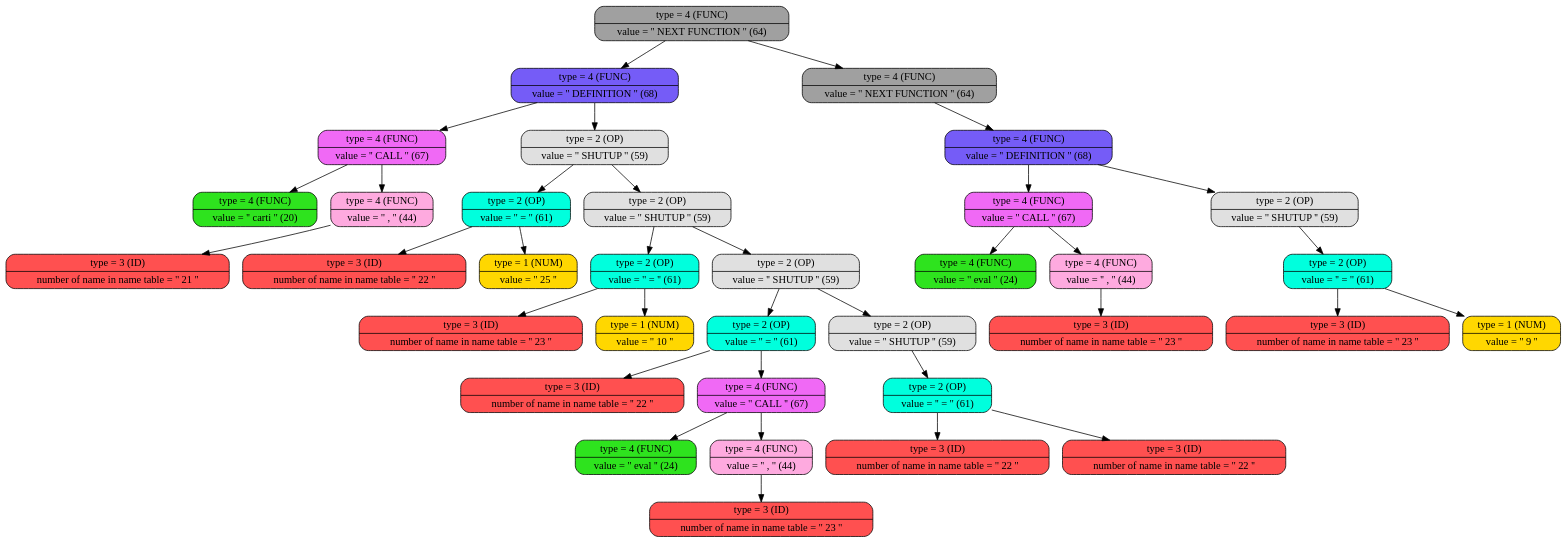
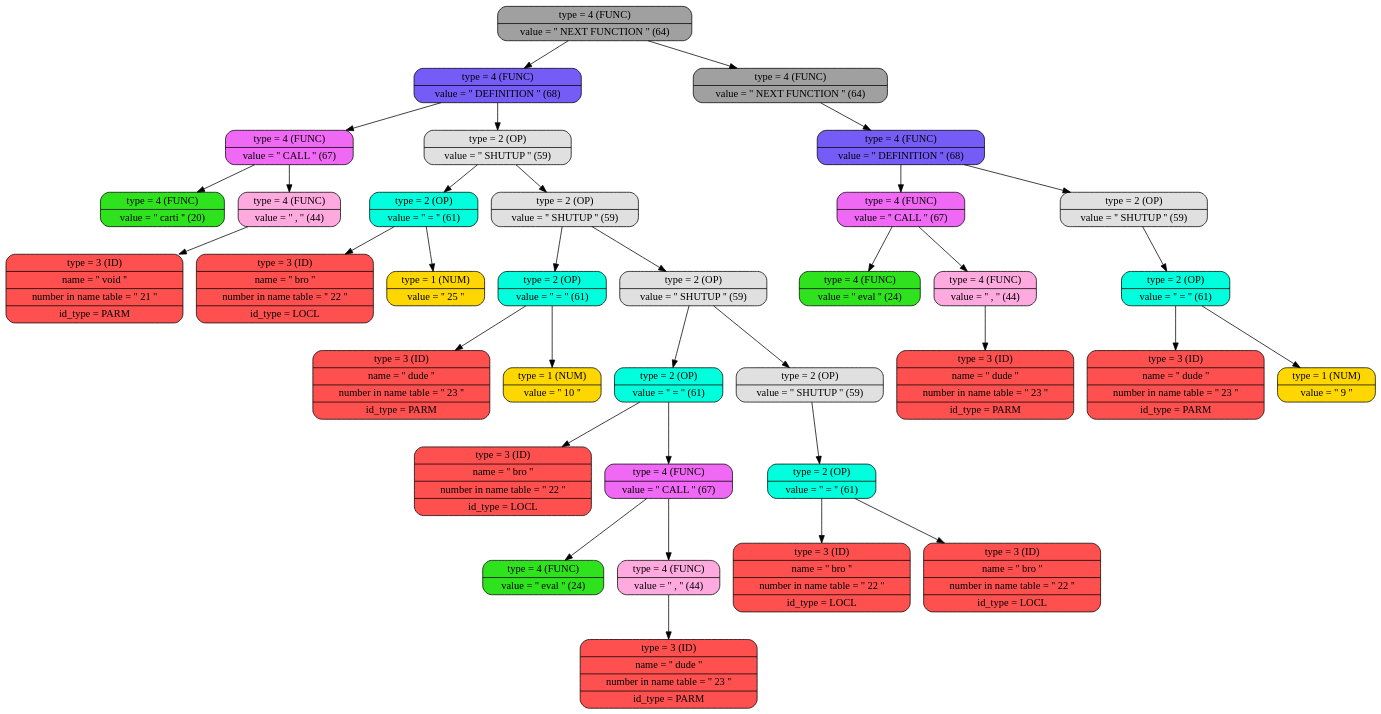
The diagram in build/graph_tree.dot (daniilgriga/MyProgrammingLanguage), drawn with Graphviz before and after one commit. The commit also changed 27 other files, not shown here.

```diff
--- a/build/graph_tree.dot
+++ b/build/graph_tree.dot
@@ -1,74 +1,74 @@
 digraph
 {
 bgcolor="transparent"
 node0x5030000004c0 [shape=Mrecord; label = " { type = 4 (FUNC) | value = '' NEXT FUNCTION ''  (64) }"; style = filled; fillcolor = "#A0A0A0"];
 node0x5030000004c0 -> node0x503000000490;
 node0x5030000004c0 -> node0x5030000006a0;
 node0x503000000490 [shape=Mrecord; label = " { type = 4 (FUNC) | value = '' DEFINITION ''  (68) }"; style = filled; fillcolor = "#755CF7"];
 node0x503000000490 -> node0x5030000000d0;
 node0x503000000490 -> node0x503000000190;
 node0x5030000000d0 [shape=Mrecord; label = " { type = 4 (FUNC) | value = '' CALL ''  (67) }"; style = filled; fillcolor = "#F069F5"];
 node0x5030000000d0 -> node0x503000000040;
 node0x5030000000d0 -> node0x5030000000a0;
 node0x503000000040 [shape=Mrecord; label = " { type = 4 (FUNC) | value = '' carti ''  (20) }"; style = filled; fillcolor = "#2EE31E"];
 node0x5030000000a0 [shape=Mrecord; label = " { type = 4 (FUNC) | value = '' , ''  (44) }"; style = filled; fillcolor = "#FEAADF"];
 node0x5030000000a0 -> node0x503000000070;
-node0x503000000070 [shape=Mrecord; label = " { type = 3 (ID)   | number of name in name table = '' 21 '' }"; style = filled; fillcolor = "#FF5050"];
+node0x503000000070 [shape=Mrecord; label = " { type = 3 (ID)  | name = '' void '' | number in name table = '' 21 '' | id_type = PARM }"; style = filled; fillcolor = "#FF5050"];
 node0x503000000190 [shape=Mrecord; label = " { type = 2 (OP)   | value = '' SHUTUP ''  (59) }"; style = filled; fillcolor = "#E0E0E0"];
 node0x503000000190 -> node0x503000000160;
 node0x503000000190 -> node0x503000000250;
 node0x503000000160 [shape=Mrecord; label = " { type = 2 (OP)   | value = '' = ''  (61) }"; style = filled; fillcolor = "#00FFDD"];
 node0x503000000160 -> node0x503000000100;
 node0x503000000160 -> node0x503000000130;
-node0x503000000100 [shape=Mrecord; label = " { type = 3 (ID)   | number of name in name table = '' 22 '' }"; style = filled; fillcolor = "#FF5050"];
+node0x503000000100 [shape=Mrecord; label = " { type = 3 (ID)  | name = '' bro '' | number in name table = '' 22 '' | id_type = LOCL }"; style = filled; fillcolor = "#FF5050"];
 node0x503000000130 [shape=Mrecord; label = " { type = 1 (NUM)  | value = '' 25 '' }"; style = filled; fillcolor = "#FFD700"];
 node0x503000000250 [shape=Mrecord; label = " { type = 2 (OP)   | value = '' SHUTUP ''  (59) }"; style = filled; fillcolor = "#E0E0E0"];
 node0x503000000250 -> node0x503000000220;
 node0x503000000250 -> node0x5030000003a0;
 node0x503000000220 [shape=Mrecord; label = " { type = 2 (OP)   | value = '' = ''  (61) }"; style = filled; fillcolor = "#00FFDD"];
 node0x503000000220 -> node0x5030000001c0;
 node0x503000000220 -> node0x5030000001f0;
-node0x5030000001c0 [shape=Mrecord; label = " { type = 3 (ID)   | number of name in name table = '' 23 '' }"; style = filled; fillcolor = "#FF5050"];
+node0x5030000001c0 [shape=Mrecord; label = " { type = 3 (ID)  | name = '' dude '' | number in name table = '' 23 '' | id_type = PARM }"; style = filled; fillcolor = "#FF5050"];
 node0x5030000001f0 [shape=Mrecord; label = " { type = 1 (NUM)  | value = '' 10 '' }"; style = filled; fillcolor = "#FFD700"];
 node0x5030000003a0 [shape=Mrecord; label = " { type = 2 (OP)   | value = '' SHUTUP ''  (59) }"; style = filled; fillcolor = "#E0E0E0"];
 node0x5030000003a0 -> node0x503000000370;
 node0x5030000003a0 -> node0x503000000460;
 node0x503000000370 [shape=Mrecord; label = " { type = 2 (OP)   | value = '' = ''  (61) }"; style = filled; fillcolor = "#00FFDD"];
 node0x503000000370 -> node0x503000000280;
 node0x503000000370 -> node0x503000000340;
-node0x503000000280 [shape=Mrecord; label = " { type = 3 (ID)   | number of name in name table = '' 22 '' }"; style = filled; fillcolor = "#FF5050"];
+node0x503000000280 [shape=Mrecord; label = " { type = 3 (ID)  | name = '' bro '' | number in name table = '' 22 '' | id_type = LOCL }"; style = filled; fillcolor = "#FF5050"];
 node0x503000000340 [shape=Mrecord; label = " { type = 4 (FUNC) | value = '' CALL ''  (67) }"; style = filled; fillcolor = "#F069F5"];
 node0x503000000340 -> node0x5030000002b0;
 node0x503000000340 -> node0x503000000310;
 node0x5030000002b0 [shape=Mrecord; label = " { type = 4 (FUNC) | value = '' eval ''  (24) }"; style = filled; fillcolor = "#2EE31E"];
 node0x503000000310 [shape=Mrecord; label = " { type = 4 (FUNC) | value = '' , ''  (44) }"; style = filled; fillcolor = "#FEAADF"];
 node0x503000000310 -> node0x5030000002e0;
-node0x5030000002e0 [shape=Mrecord; label = " { type = 3 (ID)   | number of name in name table = '' 23 '' }"; style = filled; fillcolor = "#FF5050"];
+node0x5030000002e0 [shape=Mrecord; label = " { type = 3 (ID)  | name = '' dude '' | number in name table = '' 23 '' | id_type = PARM }"; style = filled; fillcolor = "#FF5050"];
 node0x503000000460 [shape=Mrecord; label = " { type = 2 (OP)   | value = '' SHUTUP ''  (59) }"; style = filled; fillcolor = "#E0E0E0"];
 node0x503000000460 -> node0x503000000430;
 node0x503000000430 [shape=Mrecord; label = " { type = 2 (OP)   | value = '' = ''  (61) }"; style = filled; fillcolor = "#00FFDD"];
 node0x503000000430 -> node0x5030000003d0;
 node0x503000000430 -> node0x503000000400;
-node0x5030000003d0 [shape=Mrecord; label = " { type = 3 (ID)   | number of name in name table = '' 22 '' }"; style = filled; fillcolor = "#FF5050"];
-node0x503000000400 [shape=Mrecord; label = " { type = 3 (ID)   | number of name in name table = '' 22 '' }"; style = filled; fillcolor = "#FF5050"];
+node0x5030000003d0 [shape=Mrecord; label = " { type = 3 (ID)  | name = '' bro '' | number in name table = '' 22 '' | id_type = LOCL }"; style = filled; fillcolor = "#FF5050"];
+node0x503000000400 [shape=Mrecord; label = " { type = 3 (ID)  | name = '' bro '' | number in name table = '' 22 '' | id_type = LOCL }"; style = filled; fillcolor = "#FF5050"];
 node0x5030000006a0 [shape=Mrecord; label = " { type = 4 (FUNC) | value = '' NEXT FUNCTION ''  (64) }"; style = filled; fillcolor = "#A0A0A0"];
 node0x5030000006a0 -> node0x503000000670;
 node0x503000000670 [shape=Mrecord; label = " { type = 4 (FUNC) | value = '' DEFINITION ''  (68) }"; style = filled; fillcolor = "#755CF7"];
 node0x503000000670 -> node0x503000000580;
 node0x503000000670 -> node0x503000000640;
 node0x503000000580 [shape=Mrecord; label = " { type = 4 (FUNC) | value = '' CALL ''  (67) }"; style = filled; fillcolor = "#F069F5"];
 node0x503000000580 -> node0x5030000004f0;
 node0x503000000580 -> node0x503000000550;
 node0x5030000004f0 [shape=Mrecord; label = " { type = 4 (FUNC) | value = '' eval ''  (24) }"; style = filled; fillcolor = "#2EE31E"];
 node0x503000000550 [shape=Mrecord; label = " { type = 4 (FUNC) | value = '' , ''  (44) }"; style = filled; fillcolor = "#FEAADF"];
 node0x503000000550 -> node0x503000000520;
-node0x503000000520 [shape=Mrecord; label = " { type = 3 (ID)   | number of name in name table = '' 23 '' }"; style = filled; fillcolor = "#FF5050"];
+node0x503000000520 [shape=Mrecord; label = " { type = 3 (ID)  | name = '' dude '' | number in name table = '' 23 '' | id_type = PARM }"; style = filled; fillcolor = "#FF5050"];
 node0x503000000640 [shape=Mrecord; label = " { type = 2 (OP)   | value = '' SHUTUP ''  (59) }"; style = filled; fillcolor = "#E0E0E0"];
 node0x503000000640 -> node0x503000000610;
 node0x503000000610 [shape=Mrecord; label = " { type = 2 (OP)   | value = '' = ''  (61) }"; style = filled; fillcolor = "#00FFDD"];
 node0x503000000610 -> node0x5030000005b0;
 node0x503000000610 -> node0x5030000005e0;
-node0x5030000005b0 [shape=Mrecord; label = " { type = 3 (ID)   | number of name in name table = '' 23 '' }"; style = filled; fillcolor = "#FF5050"];
+node0x5030000005b0 [shape=Mrecord; label = " { type = 3 (ID)  | name = '' dude '' | number in name table = '' 23 '' | id_type = PARM }"; style = filled; fillcolor = "#FF5050"];
 node0x5030000005e0 [shape=Mrecord; label = " { type = 1 (NUM)  | value = '' 9 '' }"; style = filled; fillcolor = "#FFD700"];
 
 }
```
